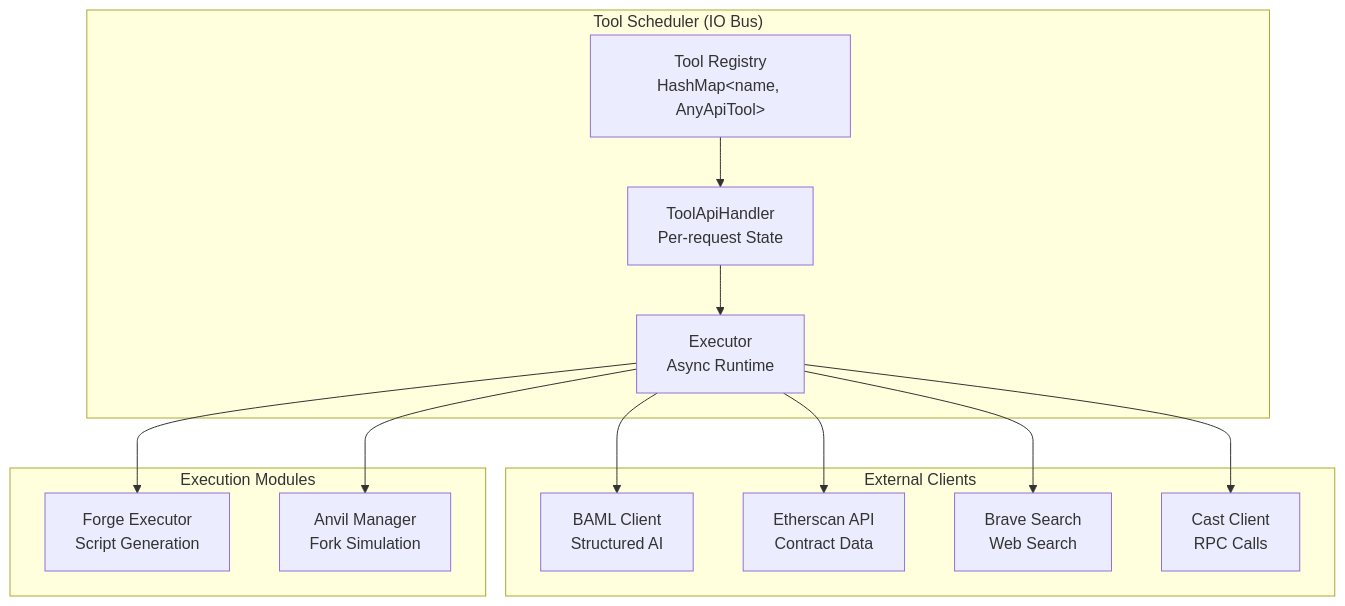
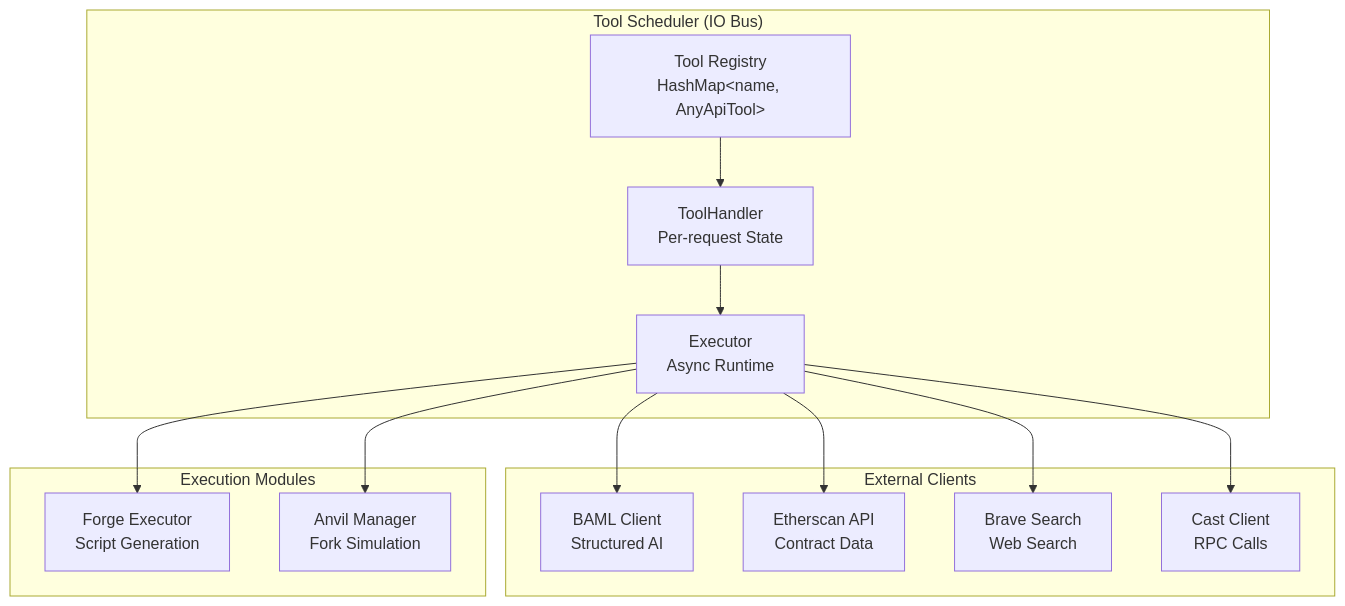
Before and after one commit to aomi-labs/product-mono: the seventh of 11 diagrams in docs/guides/runtime.md, drawn with Mermaid. The commit also changed other lines of this file and 32 other files, not shown here.

````diff
--- a/docs/guides/runtime.md
+++ b/docs/guides/runtime.md
@@ -257,30 +257,30 @@
 ```mermaid
 flowchart TB
     subgraph "Tool Scheduler (IO Bus)"
         REG[Tool Registry<br/>HashMap&lt;name, AnyApiTool&gt;]
-        HANDLER[ToolApiHandler<br/>Per-request State]
+        HANDLER[ToolHandler<br/>Per-request State]
         EXEC[Executor<br/>Async Runtime]
     end
 
     subgraph "External Clients"
         BAML[BAML Client<br/>Structured AI]
         ETHERSCAN[Etherscan API<br/>Contract Data]
         SEARCH[Brave Search<br/>Web Search]
         CAST[Cast Client<br/>RPC Calls]
     end
 
     subgraph "Execution Modules"
         FORGE[Forge Executor<br/>Script Generation]
         ANVIL[Anvil Manager<br/>Fork Simulation]
     end
 
     REG --> HANDLER
     HANDLER --> EXEC
 
     EXEC --> BAML
     EXEC --> ETHERSCAN
     EXEC --> SEARCH
     EXEC --> CAST
     EXEC --> FORGE
     EXEC --> ANVIL
 ```
````
